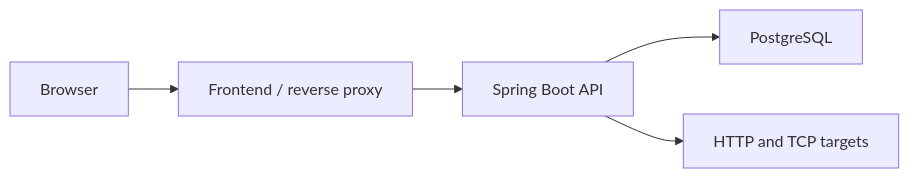
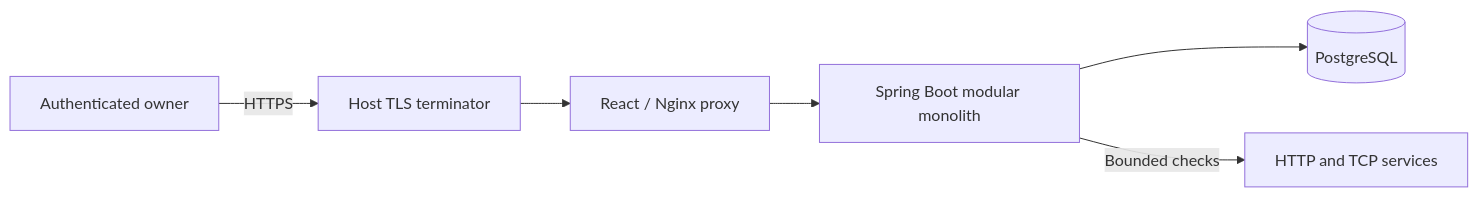
The diagram in README.md (AlbinoPriest/homelab-monitor), drawn with Mermaid before and after one commit. The commit also changed other lines of this file and 18 other files, not shown here.

````diff
--- a/README.md
+++ b/README.md
@@ -28,7 +38,8 @@
 ```mermaid
 flowchart LR
-    Browser["Browser"] --> Frontend["Frontend / reverse proxy"]
-    Frontend --> Backend["Spring Boot API"]
-    Backend --> Database["PostgreSQL"]
-    Backend --> Targets["HTTP and TCP targets"]
+    Owner["Authenticated owner"] -->|HTTPS| TLS["Host TLS terminator"]
+    TLS --> Proxy["React / Nginx proxy"]
+    Proxy --> API["Spring Boot modular monolith"]
+    API --> DB[("PostgreSQL")]
+    API -->|Bounded checks| Targets["HTTP and TCP services"]
 ```
````
